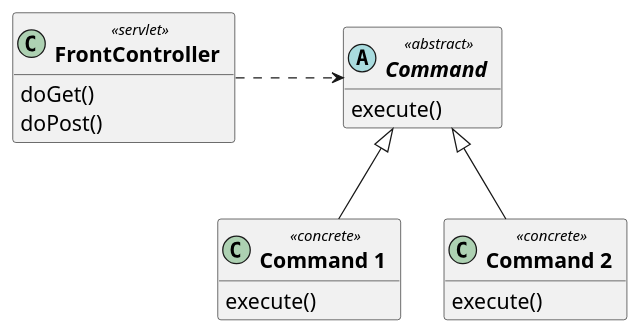
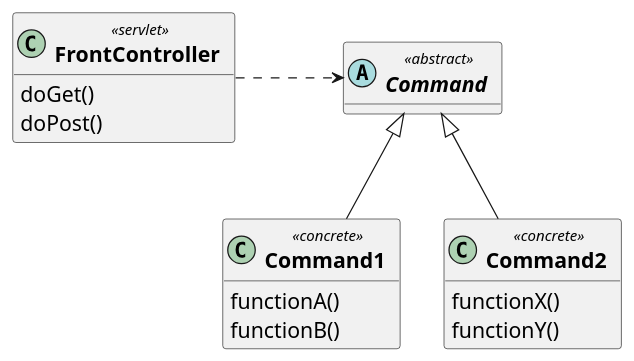
One commit to prof-wagnermacedo/prof-wagnermacedo.github.io changed the diagram in assets/images/mvc/front-controller.plantuml. Above: the diagram before and after it, drawn with PlantUML. The commit also changed 5 other files, not shown here.

```diff
--- a/assets/images/mvc/front-controller.plantuml
+++ b/assets/images/mvc/front-controller.plantuml
@@ -1,31 +1,31 @@
 @startuml
 
 skinparam Class {
     FontStyle bold
     FontSize 15
     AttributeFontSize 17
     AttributeFontName Ubuntu Mono
 }
 
 class " FrontController  " as FC <<servlet>> {
     doGet()
     doPost()
 }
 
-abstract class " Command  " as CMD <<abstract>> {
-    execute()
+abstract class " Command  " as CMD <<abstract>>
+
+class " Command1  " <<concrete>> extends CMD {
+    functionA()
+    functionB()
 }
 
-class " Command 1  " <<concrete>> extends CMD {
-    execute()
-}
-
-class " Command 2  " <<concrete>> extends CMD {
-    execute()
+class " Command2  " <<concrete>> extends CMD {
+    functionX()
+    functionY()
 }
 
 FC .right.> CMD : "               "
 
 hide fields
 
 @enduml
```
